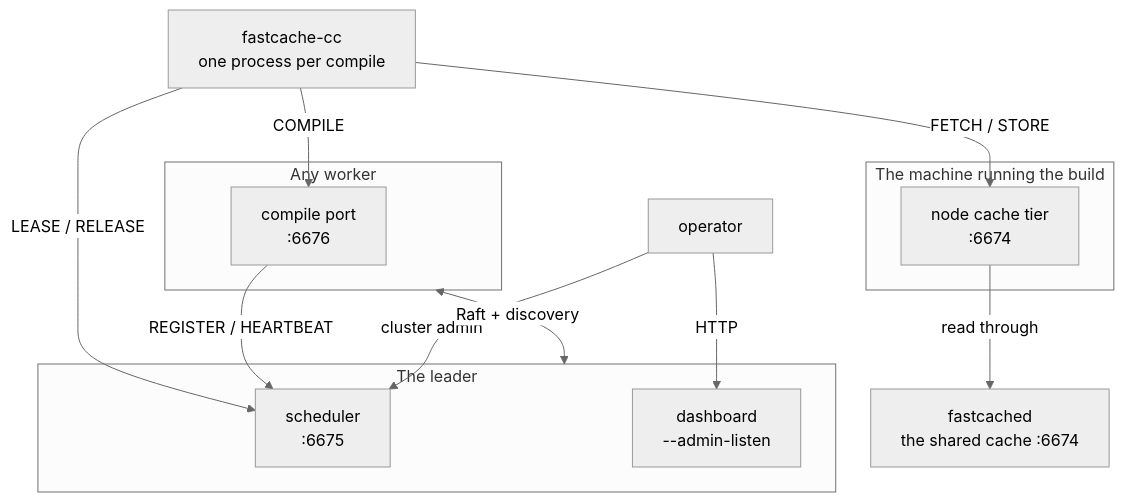
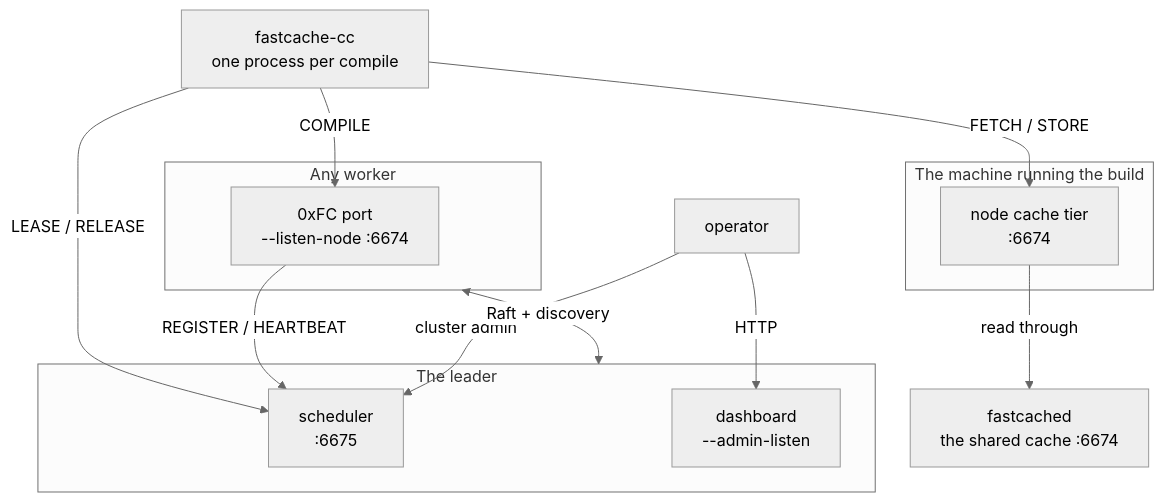
Before and after one commit to LASTRADA-Software/fastcached: the first of 2 diagrams in docs/operations/cluster-communication.md, drawn with Mermaid (neutral theme). The commit also changed other lines of this file and 4 other files, not shown here.

````diff
--- a/docs/operations/cluster-communication.md
+++ b/docs/operations/cluster-communication.md
@@ -43,29 +43,29 @@
 ```mermaid
 flowchart TB
     cc["fastcache-cc<br/>one process per compile"]
 
     subgraph here["The machine running the build"]
         tier["node cache tier<br/>:6674"]
     end
 
     subgraph lead["The leader"]
         sched["scheduler<br/>:6675"]
         admin["dashboard<br/>--admin-listen"]
     end
 
     subgraph work["Any worker"]
-        comp["compile port<br/>:6676"]
+        comp["0xFC port<br/>--listen-node :6674"]
     end
 
     shared["fastcached<br/>the shared cache :6674"]
     op["operator"]
 
     cc -->|"FETCH / STORE"| tier
     cc -->|"LEASE / RELEASE"| sched
     cc -->|"COMPILE"| comp
     tier -->|"read through"| shared
     comp -->|"REGISTER / HEARTBEAT"| sched
     work <-->|"Raft + discovery"| lead
     op -->|"cluster admin"| sched
     op -->|"HTTP"| admin
 ```
````
